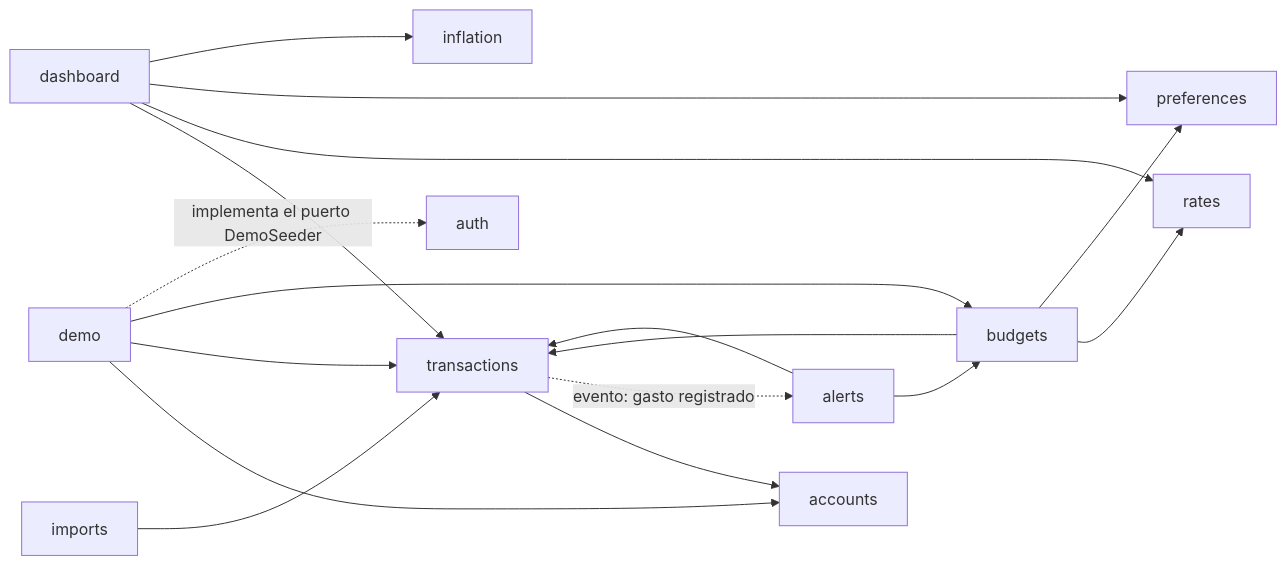
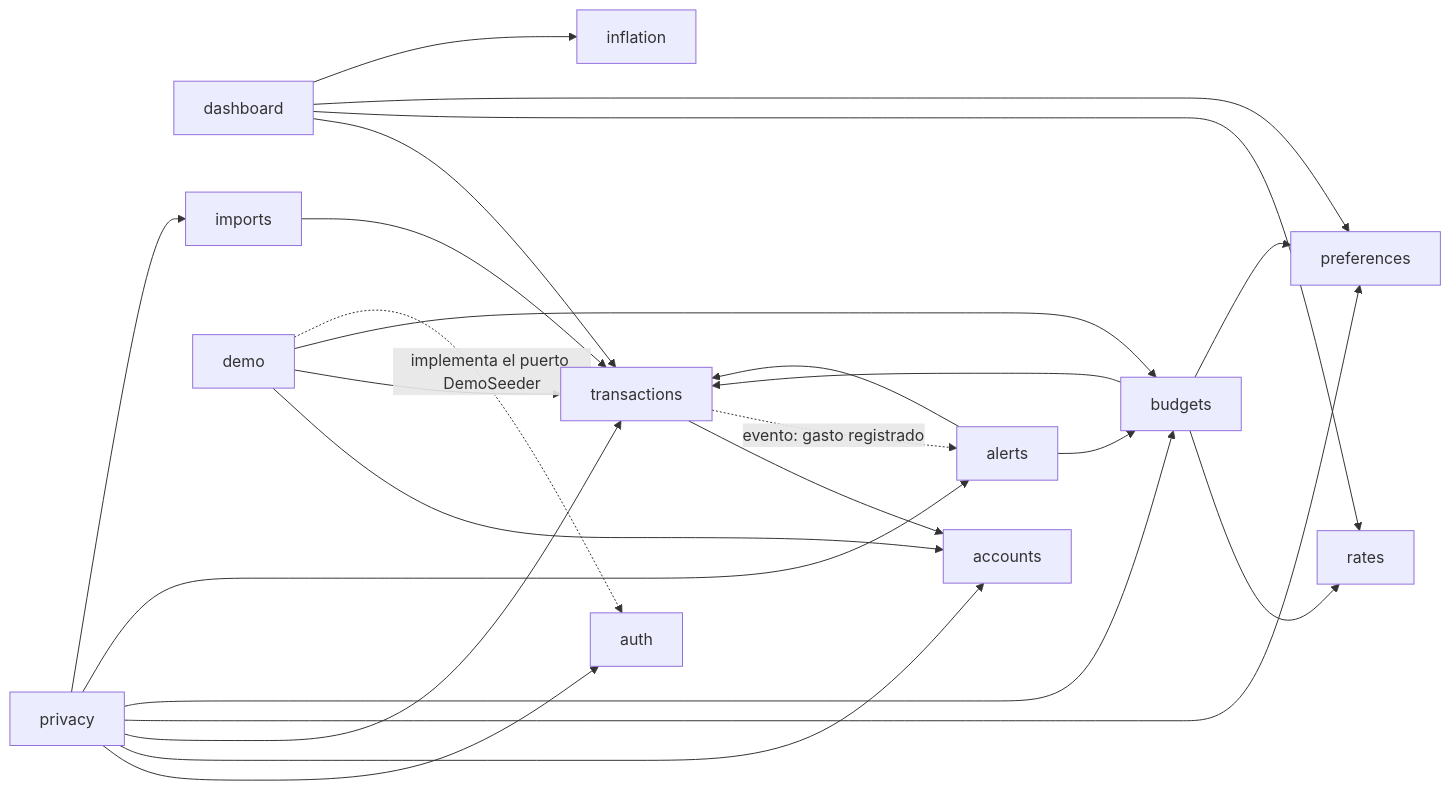
Before and after one commit to MerAtim/Rinde: the first of 2 diagrams in README.md, drawn with Mermaid. The commit also changed other lines of this file and 1 other file, not shown here.

Commit message:
docs: exportación de los datos en el README y el roadmap

````diff
--- a/README.md
+++ b/README.md
@@ -57,19 +58,26 @@
 ```mermaid
 flowchart LR
   dashboard --> transactions
   dashboard --> rates
   dashboard --> preferences
   dashboard --> inflation
   budgets --> transactions
   budgets --> rates
   budgets --> preferences
   alerts --> budgets
   alerts --> transactions
   imports --> transactions
   demo --> accounts
   demo --> transactions
   demo --> budgets
+  privacy --> auth
+  privacy --> accounts
+  privacy --> transactions
+  privacy --> preferences
+  privacy --> budgets
+  privacy --> alerts
+  privacy --> imports
   transactions --> accounts
   transactions -. "evento: gasto registrado" .-> alerts
   demo -. "implementa el puerto DemoSeeder" .-> auth
 ```
````
